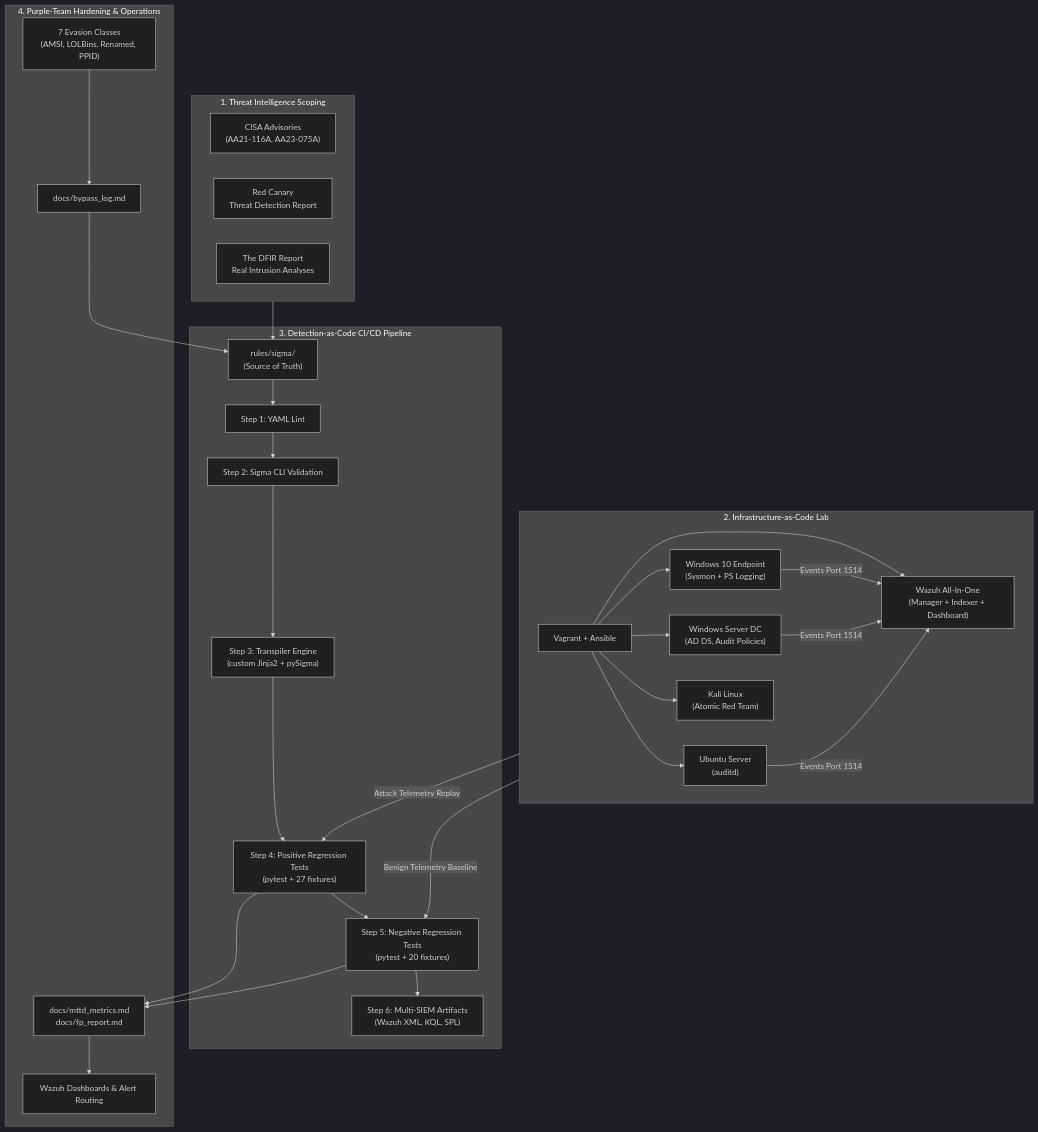
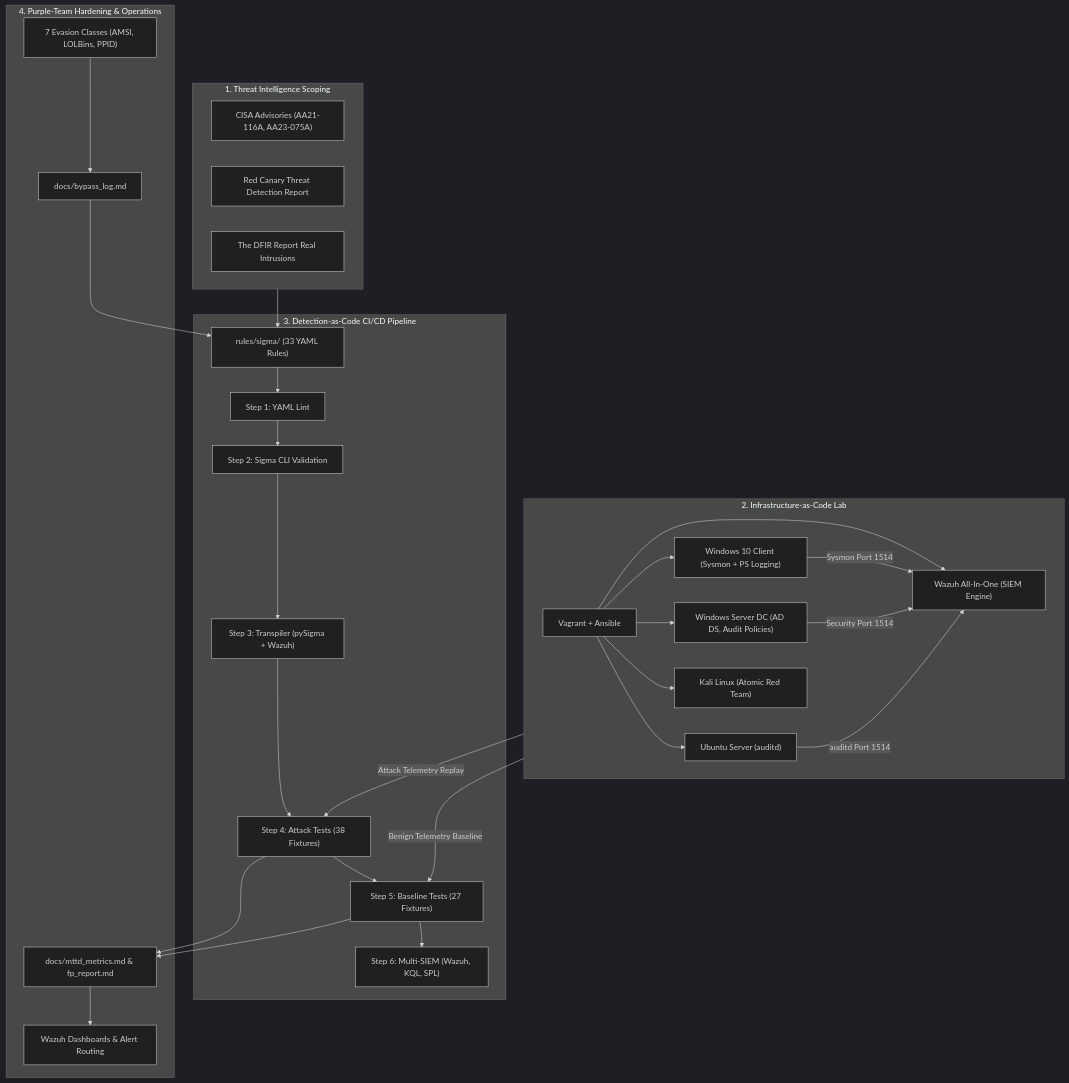
The diagram in README.md (omar-riadd/detection-engineering-lab), drawn with Mermaid (dark theme) before and after one commit. The commit also changed other lines of this file and 4 other files, not shown here.

Commit message:
docs: finalize v2.0 documentation, align metrics, and fix mermaid pipeline diagram

````diff
--- a/README.md
+++ b/README.md
@@ -43,47 +49,61 @@
 ```mermaid
 flowchart TD
     subgraph TI ["1. Threat Intelligence Scoping"]
-        CISA["CISA Advisories<br/>(AA21-116A, AA23-075A)"]
-        RC["Red Canary<br/>Threat Detection Report"]
-        DFIR["The DFIR Report<br/>Real Intrusion Analyses"]
+        CISA["CISA Advisories (AA21-116A, AA23-075A)"]
+        RC["Red Canary Threat Detection Report"]
+        DFIR["The DFIR Report Real Intrusions"]
     end
 
     subgraph LAB ["2. Infrastructure-as-Code Lab"]
         VAGRANT["Vagrant + Ansible"]
-        DC["Windows Server DC<br/>(AD DS, Audit Policies)"]
-        WIN["Windows 10 Endpoint<br/>(Sysmon + PS Logging)"]
-        UBUNTU["Ubuntu Server<br/>(auditd)"]
-        KALI["Kali Linux<br/>(Atomic Red Team)"]
-        WAZUH["Wazuh All-In-One<br/>(Manager + Indexer + Dashboard)"]
-        
-        VAGRANT --> DC & WIN & UBUNTU & KALI & WAZUH
-        WIN & DC & UBUNTU -->|Events Port 1514| WAZUH
+        DC["Windows Server DC (AD DS, Audit Policies)"]
+        WIN["Windows 10 Client (Sysmon + PS Logging)"]
+        UBUNTU["Ubuntu Server (auditd)"]
+        KALI["Kali Linux (Atomic Red Team)"]
+        WAZUH["Wazuh All-In-One (SIEM Engine)"]
+
+        VAGRANT --> DC
+        VAGRANT --> WIN
+        VAGRANT --> UBUNTU
+        VAGRANT --> KALI
+        VAGRANT --> WAZUH
+
+        WIN -->|Sysmon Port 1514| WAZUH
+        DC -->|Security Port 1514| WAZUH
+        UBUNTU -->|auditd Port 1514| WAZUH
     end
 
     subgraph DAC ["3. Detection-as-Code CI/CD Pipeline"]
-        SIGMA["rules/sigma/<br/>(Source of Truth)"]
+        SIGMA["rules/sigma/ (33 YAML Rules)"]
         LINT["Step 1: YAML Lint"]
         SIGMA_CHECK["Step 2: Sigma CLI Validation"]
-        TRANSPILER["Step 3: Transpiler Engine<br/>(custom Jinja2 + pySigma)"]
-        TEST_POS["Step 4: Positive Regression Tests<br/>(pytest + 27 fixtures)"]
-        TEST_NEG["Step 5: Negative Regression Tests<br/>(pytest + 20 fixtures)"]
-        ARTIFACTS["Step 6: Multi-SIEM Artifacts<br/>(Wazuh XML, KQL, SPL)"]
+        TRANSPILER["Step 3: Transpiler (pySigma + Wazuh)"]
+        TEST_POS["Step 4: Attack Tests (38 Fixtures)"]
+        TEST_NEG["Step 5: Baseline Tests (27 Fixtures)"]
+        ARTIFACTS["Step 6: Multi-SIEM (Wazuh, KQL, SPL)"]
 
-        SIGMA --> LINT --> SIGMA_CHECK --> TRANSPILER
-        TRANSPILER --> TEST_POS --> TEST_NEG --> ARTIFACTS
+        SIGMA --> LINT
+        LINT --> SIGMA_CHECK
+        SIGMA_CHECK --> TRANSPILER
+        TRANSPILER --> TEST_POS
+        TEST_POS --> TEST_NEG
+        TEST_NEG --> ARTIFACTS
     end
 
     subgraph PURPLE ["4. Purple-Team Hardening & Operations"]
-        EVADE["7 Evasion Classes<br/>(AMSI, LOLBins, Renamed, PPID)"]
+        EVADE["7 Evasion Classes (AMSI, LOLBins, PPID)"]
         BYPASS["docs/bypass_log.md"]
-        METRICS["docs/mttd_metrics.md<br/>docs/fp_report.md"]
+        METRICS["docs/mttd_metrics.md & fp_report.md"]
         DASHBOARDS["Wazuh Dashboards & Alert Routing"]
-        
-        EVADE --> BYPASS --> SIGMA
-        TEST_POS & TEST_NEG --> METRICS --> DASHBOARDS
+
+        EVADE --> BYPASS
+        BYPASS --> SIGMA
+        TEST_POS --> METRICS
+        TEST_NEG --> METRICS
+        METRICS --> DASHBOARDS
     end
 
     TI --> SIGMA
     LAB -->|Attack Telemetry Replay| TEST_POS
     LAB -->|Benign Telemetry Baseline| TEST_NEG
 ```
````
